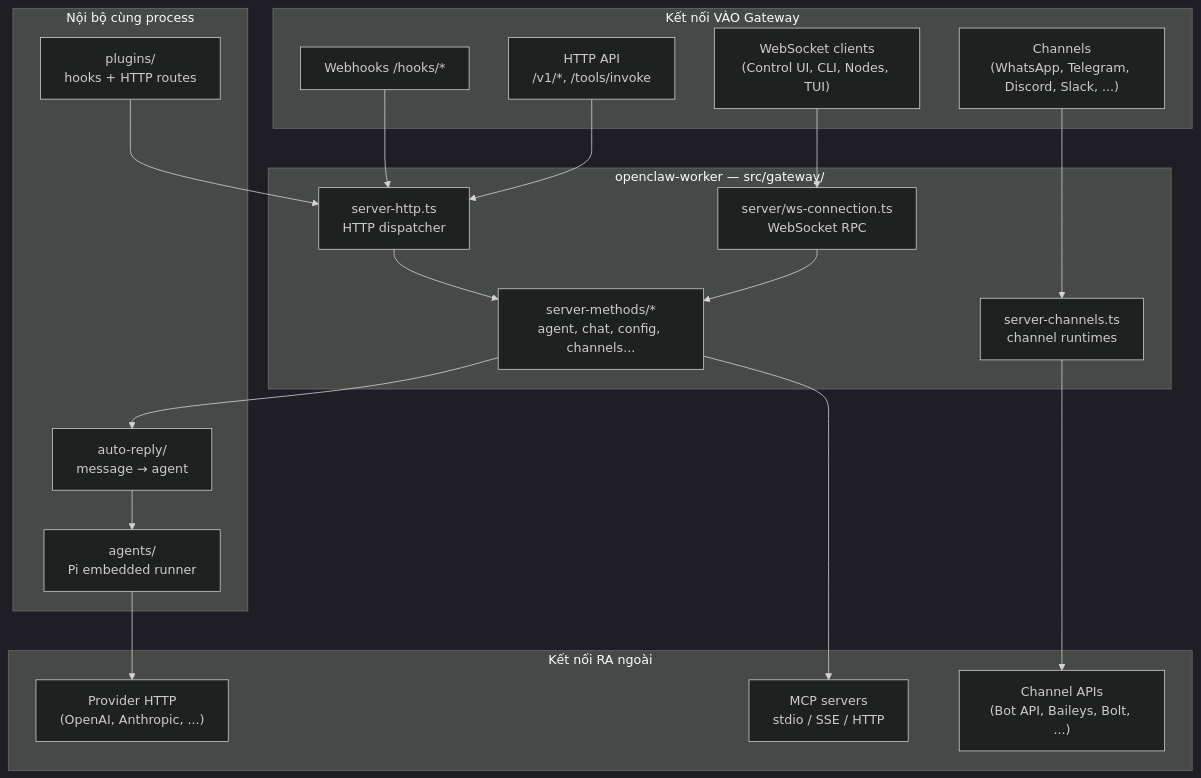
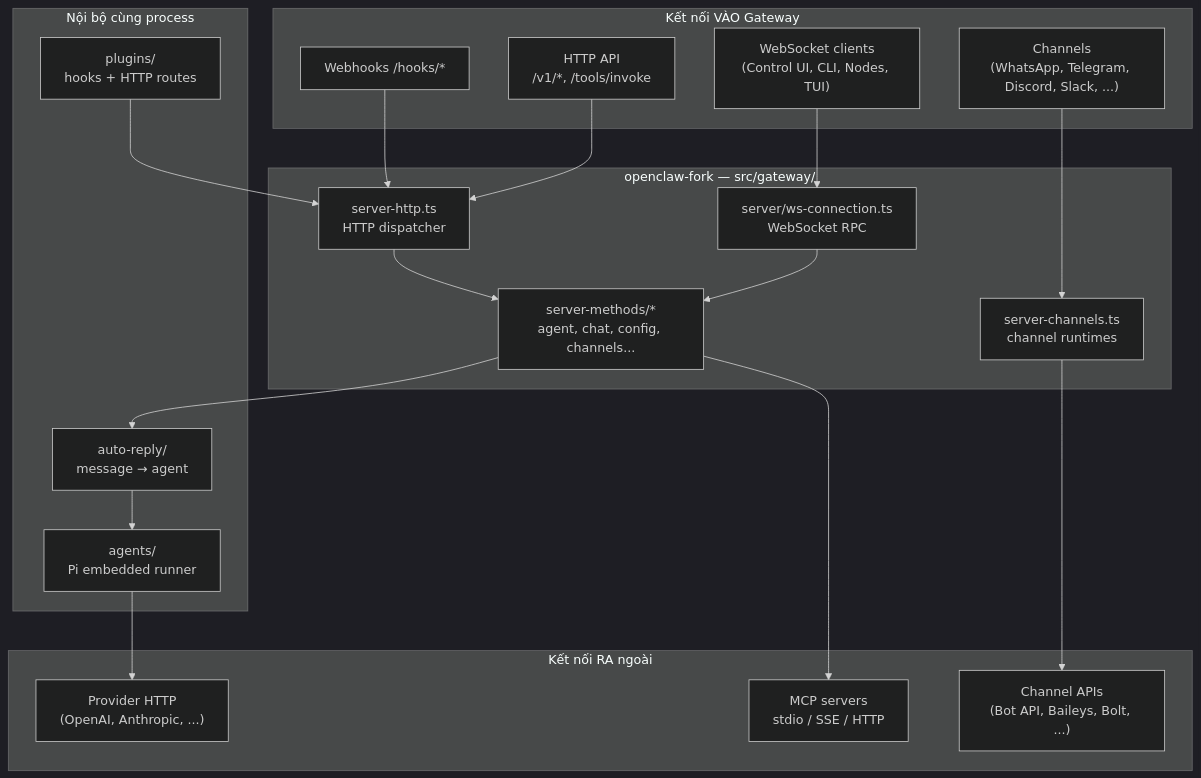
Before and after one commit to mankhb2k/claw-dashboard: diagram 36 of 39 in openclaw-architecture.md, drawn with Mermaid (dark theme). The commit also changed other lines of this file and 1401 other files, not shown here.

````diff
--- a/openclaw-architecture.md
+++ b/openclaw-architecture.md
@@ -3990,41 +4144,41 @@
 ```mermaid
 flowchart TB
     subgraph INBOUND["Kết nối VÀO Gateway"]
         CH["Channels\n(WhatsApp, Telegram, Discord, Slack, ...)"]
         WH["Webhooks /hooks/*"]
         HTTP_EXT["HTTP API\n/v1/*, /tools/invoke"]
         WS_IN["WebSocket clients\n(Control UI, CLI, Nodes, TUI)"]
     end
 
-    subgraph GATEWAY["openclaw-worker — src/gateway/"]
+    subgraph GATEWAY["openclaw-fork — src/gateway/"]
         HTTP["server-http.ts\nHTTP dispatcher"]
         WS["server/ws-connection.ts\nWebSocket RPC"]
         RPC["server-methods/*\nagent, chat, config, channels..."]
         CHRUN["server-channels.ts\nchannel runtimes"]
     end
 
     subgraph INTERNAL["Nội bộ cùng process"]
         AR["auto-reply/\nmessage → agent"]
         AG["agents/\nPi embedded runner"]
         PL["plugins/\nhooks + HTTP routes"]
     end
 
     subgraph OUTBOUND["Kết nối RA ngoài"]
         LLM["Provider HTTP\n(OpenAI, Anthropic, ...)"]
         MCP["MCP servers\nstdio / SSE / HTTP"]
         CHAPI["Channel APIs\n(Bot API, Baileys, Bolt, ...)"]
     end
 
     CH --> CHRUN
     WH --> HTTP
     HTTP_EXT --> HTTP
     WS_IN --> WS
     HTTP --> RPC
     WS --> RPC
     RPC --> AR
     AR --> AG
     AG --> LLM
     RPC --> MCP
     CHRUN --> CHAPI
     PL --> HTTP
 ```
````
